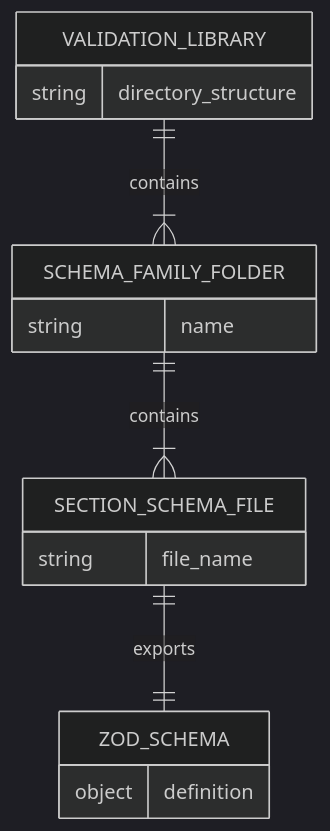
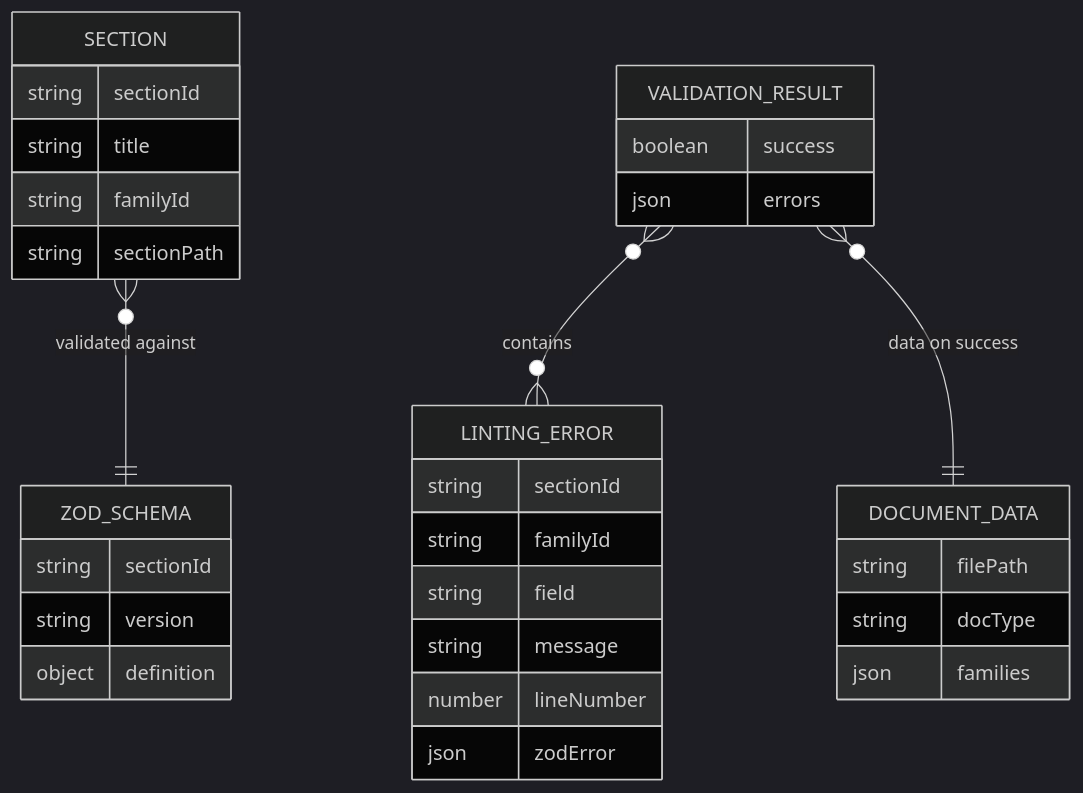
One commit to livelifelively/documentation-driven-development-tools changed the second of 5 diagrams in docs/requirements/p1.p6-doc-content-validator.plan.md. Above: the diagram before and after it, drawn with Mermaid (dark theme). The commit also changed other lines of this file, not shown here.

Commit message:
standardize architecture; following the diagram standards of p5.

````diff
--- a/docs/requirements/p1.p6-doc-content-validator.plan.md
+++ b/docs/requirements/p1.p6-doc-content-validator.plan.md
@@ -104,19 +106,39 @@
 ```mermaid
 erDiagram
-    VALIDATION_LIBRARY {
-        string directory_structure
+    SECTION {
+        string sectionId
+        string title
+        string familyId
+        string sectionPath
     }
-    SCHEMA_FAMILY_FOLDER {
-        string name
-    }
-    SECTION_SCHEMA_FILE {
-        string file_name
-    }
+
     ZOD_SCHEMA {
+        string sectionId
+        string version
         object definition
     }
 
-    VALIDATION_LIBRARY ||--|{ SCHEMA_FAMILY_FOLDER : "contains"
-    SCHEMA_FAMILY_FOLDER ||--|{ SECTION_SCHEMA_FILE : "contains"
-    SECTION_SCHEMA_FILE ||--|| ZOD_SCHEMA : "exports"
+    LINTING_ERROR {
+        string sectionId
+        string familyId
+        string field
+        string message
+        number lineNumber
+        json zodError
+    }
+
+    VALIDATION_RESULT {
+        boolean success
+        json errors
+    }
+
+    DOCUMENT_DATA {
+        string filePath
+        string docType
+        json families
+    }
+
+    SECTION }o--|| ZOD_SCHEMA : "validated against"
+    VALIDATION_RESULT }o--o{ LINTING_ERROR : "contains"
+    VALIDATION_RESULT }o--|| DOCUMENT_DATA : "data on success"
 ```
````
